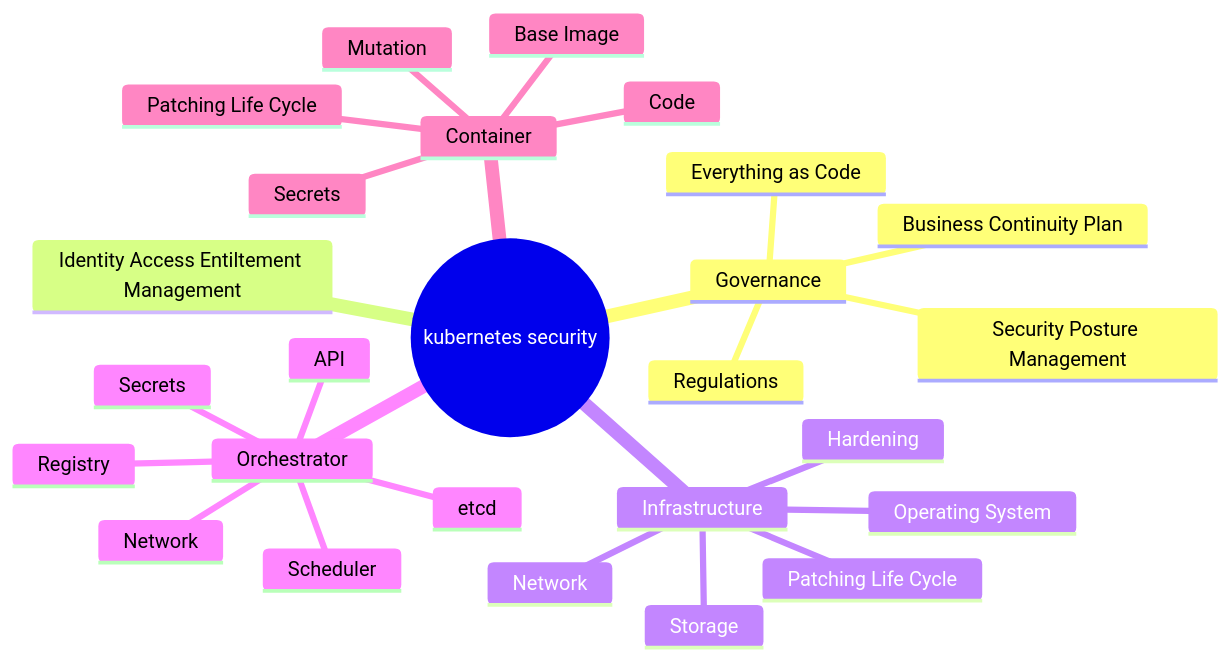
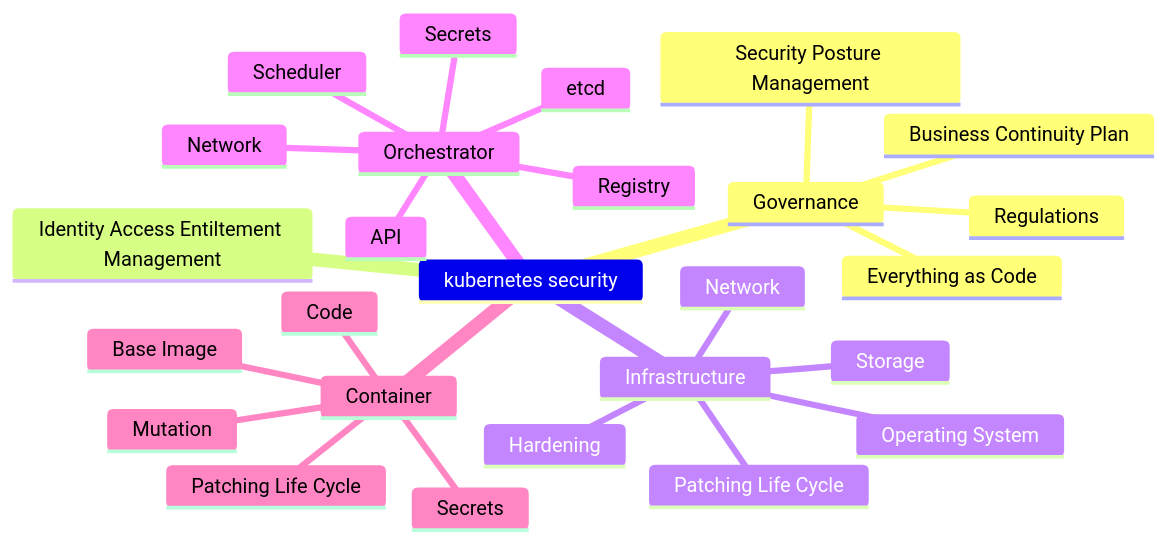
Before and after one commit to beezy-dev/verbose-couscous: the diagram in docs/community/k8s-secrets.md, drawn with Mermaid.

````diff
--- a/docs/community/k8s-secrets.md
+++ b/docs/community/k8s-secrets.md
@@ -4,29 +4,29 @@
 ```mermaid
-  mindmap
-    root((kubernetes security))
-      Governance
-        Everything as Code
-        Regulations
-        Business Continuity Plan 
-        Security Posture Management
-      Identity Access Entiltement Management
-      Infrastructure 
-        Operating System 
-        Hardening 
-        Patching Life Cycle
-        Network
-        Storage 
-      Orchestrator 
-        API
-        etcd
-        Scheduler 
-        Network
-        Registry
-        Secrets
-      Container
-        Base Image
-        Patching Life Cycle
-        Code
-        Mutation
-        Secrets 
+mindmap
+  kubernetes security
+    Governance
+      Everything as Code
+      Regulations
+      Business Continuity Plan 
+      Security Posture Management
+    Identity Access Entiltement Management
+    Infrastructure 
+      Operating System 
+      Hardening 
+      Patching Life Cycle
+      Network
+      Storage 
+    Orchestrator 
+      API
+      etcd
+      Scheduler 
+      Network
+      Registry
+      Secrets
+    Container
+      Base Image
+      Patching Life Cycle
+      Code
+      Mutation
+      Secrets 
 ```
````
